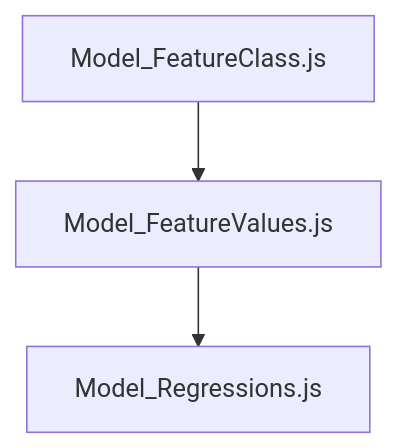
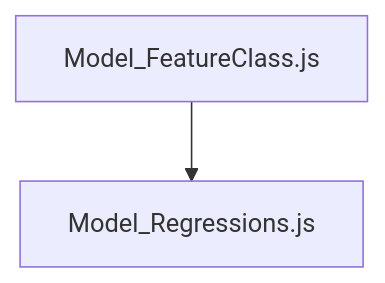
The diagram in README.md (afullhart/SantaRita), drawn with Mermaid before and after one commit. The commit also changed other lines of this file, not shown here.

````diff
--- a/README.md
+++ b/README.md
@@ -1,5 +1,4 @@
 ```mermaid
 graph TD;
-    A[Model_FeatureClass.js] --> B[Model_FeatureValues.js];
-    B --> C[Model_Regressions.js];
+    A[Model_FeatureClass.js] --> B[Model_Regressions.js];
 ```
````
